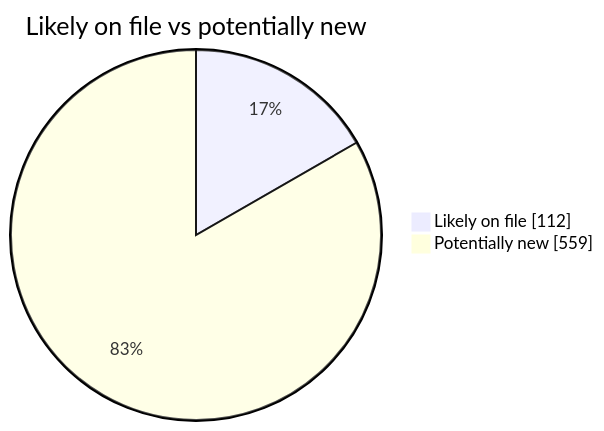
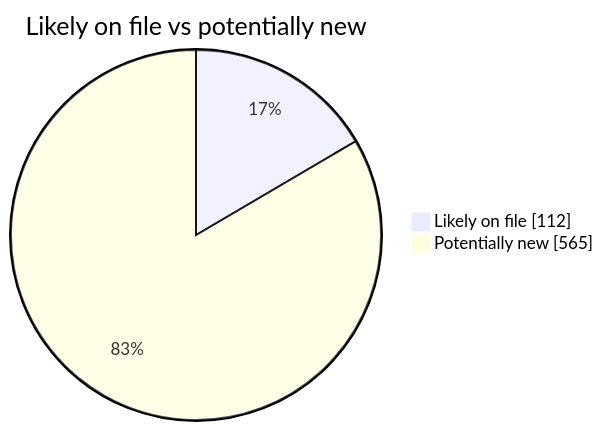
Before and after one commit to martinbalfanz/social-scanner-reports: the second of 4 diagrams in README.md, drawn with Mermaid. The commit also changed other lines of this file and 4 other files, not shown here.

````diff
--- a/README.md
+++ b/README.md
@@ -40,5 +40,5 @@
 ```mermaid
 pie showData title Likely on file vs potentially new
     "Likely on file" : 112
-    "Potentially new" : 559
+    "Potentially new" : 565
 ```
````
